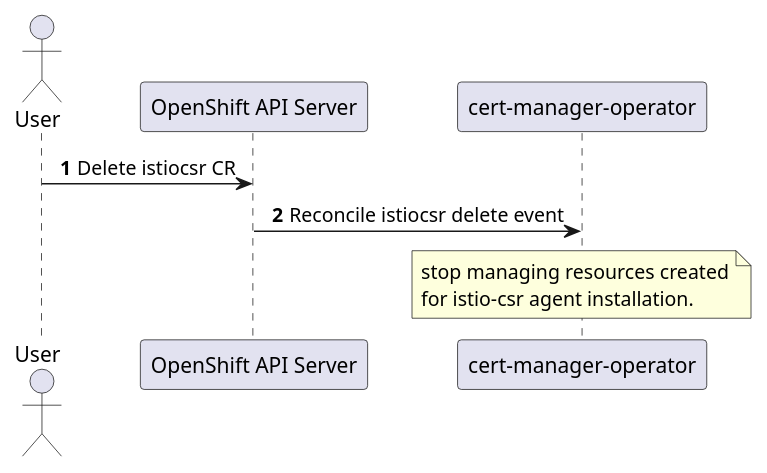
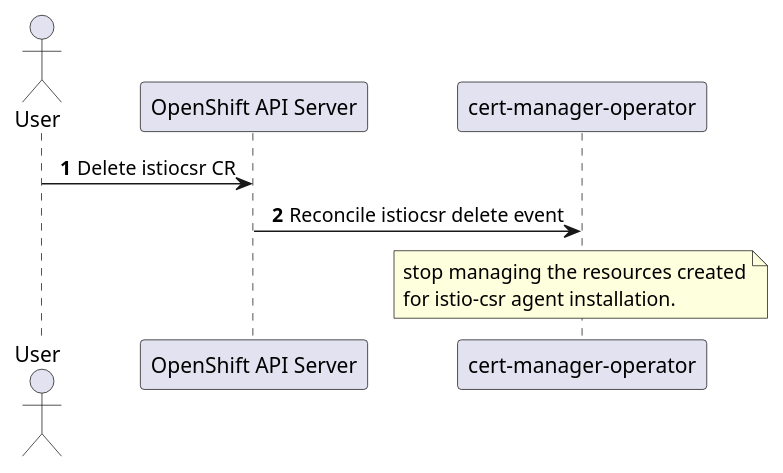
The diagram in enhancements/cert-manager/istio-csr-delete.puml (openshift/enhancements), drawn with PlantUML before and after one commit. The commit also changed 2 other files, not shown here.

```diff
--- a/enhancements/cert-manager/istio-csr-delete.puml
+++ b/enhancements/cert-manager/istio-csr-delete.puml
@@ -1,19 +1,19 @@
 @startuml
 'https://plantuml.com/sequence-diagram
 
 skinparam sequenceMessageAlign center
 
 autonumber
 
 actor User
 participant "OpenShift API Server" as API
 participant "cert-manager-operator" as Operator
 
 User -> API : Delete istiocsr CR
 API -> Operator : Reconcile istiocsr delete event
 note over Operator
-stop managing resources created
+stop managing the resources created
 for istio-csr agent installation.
 endnote
 
 @enduml
```
